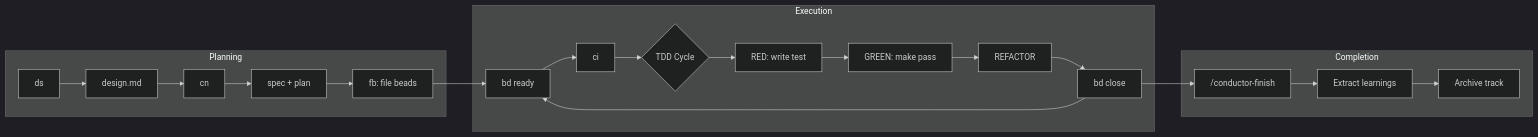
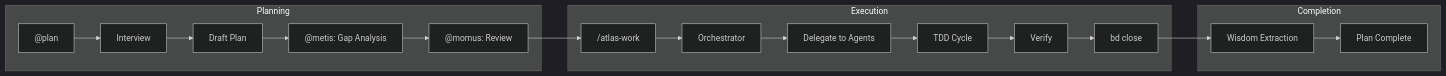
Before and after one commit to ReinaMacCredy/maestro: the second of 2 diagrams in TUTORIAL.md, drawn with Mermaid (dark theme). The commit also changed other lines of this file and 5 other files, not shown here.

````diff
--- a/TUTORIAL.md
+++ b/TUTORIAL.md
@@ -184,26 +152,23 @@
 ```mermaid
 flowchart LR
     subgraph Planning
-        A["ds"] --> B["design.md"]
-        B --> C["cn"]
-        C --> D["spec + plan"]
-        D --> E["fb: file beads"]
+        A["@plan"] --> B["Interview"]
+        B --> C["Draft Plan"]
+        C --> D["@metis: Gap Analysis"]
+        D --> E["@momus: Review"]
     end
-    
+
     subgraph Execution
-        E --> F["bd ready"]
-        F --> G["ci"]
-        G --> H{"TDD Cycle"}
-        H --> I["RED: write test"]
-        I --> J["GREEN: make pass"]
-        J --> K["REFACTOR"]
-        K --> L["bd close"]
-        L --> F
+        E --> F["/atlas-work"]
+        F --> G["Orchestrator"]
+        G --> H["Delegate to Agents"]
+        H --> I["TDD Cycle"]
+        I --> J["Verify"]
+        J --> K["bd close"]
     end
-    
+
     subgraph Completion
-        L --> M["/conductor-finish"]
-        M --> N["Extract learnings"]
-        N --> O["Archive track"]
+        K --> L["Wisdom Extraction"]
+        L --> M["Plan Complete"]
     end
 ```
````
